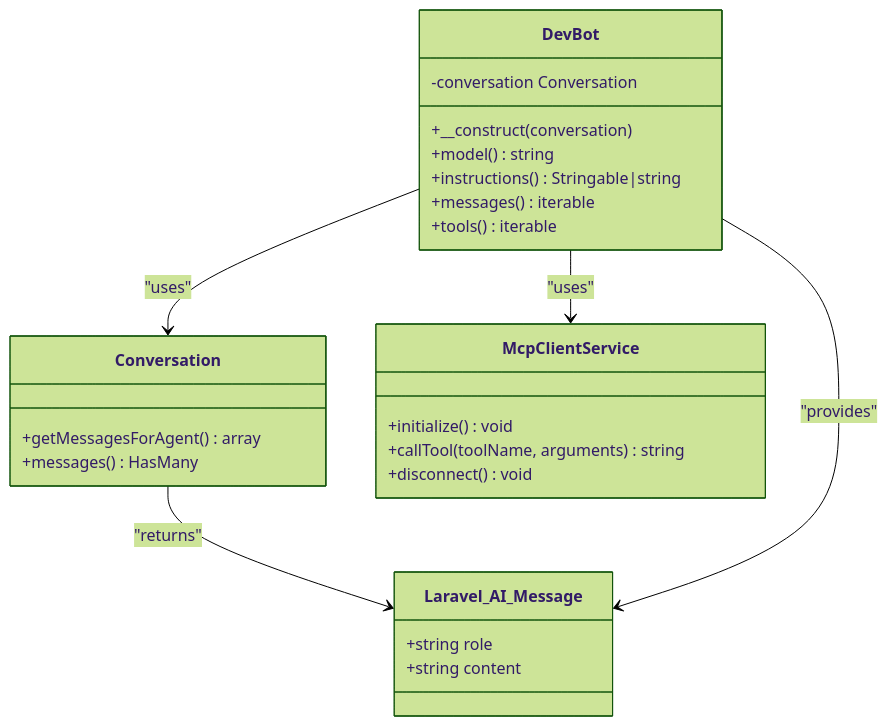
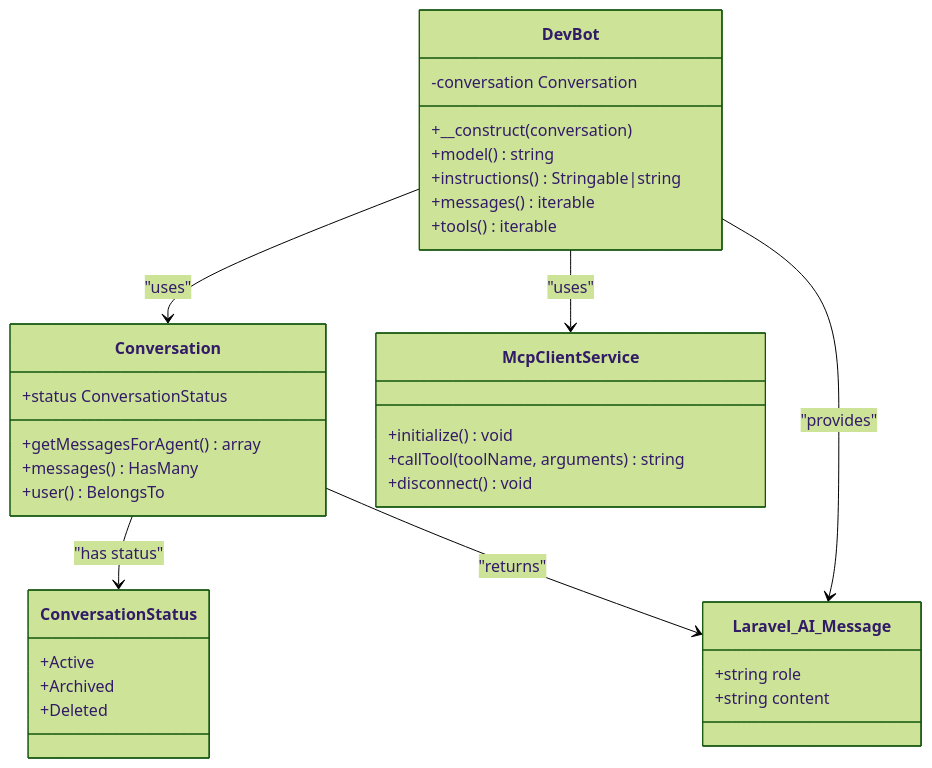
Before and after one commit to siimliimand/laravel-assistant: the fifth of 8 diagrams in .qoder/repowiki/en/content/Database and Data Management/Conversation Persistence System.md, drawn with Mermaid (forest theme). The commit also changed other lines of this file and 5 other files, not shown here.

````diff
--- a/.qoder/repowiki/en/content/Database and Data Management/Conversation Persistence System.md
+++ b/.qoder/repowiki/en/content/Database and Data Management/Conversation Persistence System.md
@@ -255,28 +320,36 @@
 ```mermaid
 classDiagram
 class DevBot {
 -conversation Conversation
 +__construct(conversation)
 +model() string
 +instructions() Stringable|string
 +messages() iterable
 +tools() iterable
 }
 class Conversation {
 +getMessagesForAgent() array
 +messages() HasMany
++user() BelongsTo
++status ConversationStatus
+}
+class ConversationStatus {
++Active
++Archived
++Deleted
 }
 class Laravel_AI_Message {
 +string role
 +string content
 }
 class McpClientService {
 +initialize() void
 +callTool(toolName, arguments) string
 +disconnect() void
 }
 DevBot --> Conversation : "uses"
+Conversation --> ConversationStatus : "has status"
 Conversation --> Laravel_AI_Message : "returns"
 DevBot --> Laravel_AI_Message : "provides"
 DevBot --> McpClientService : "uses"
 ```
````
